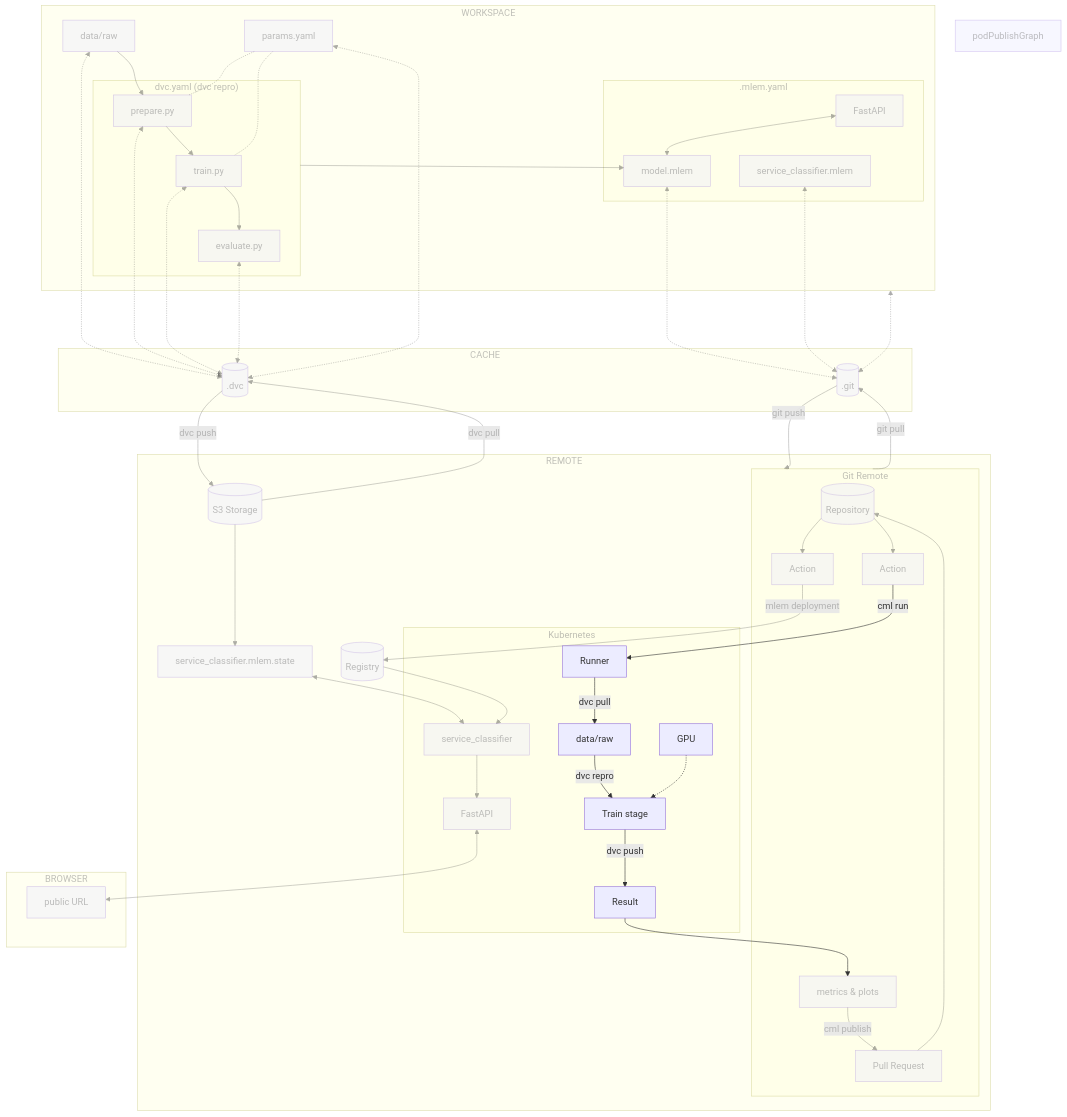
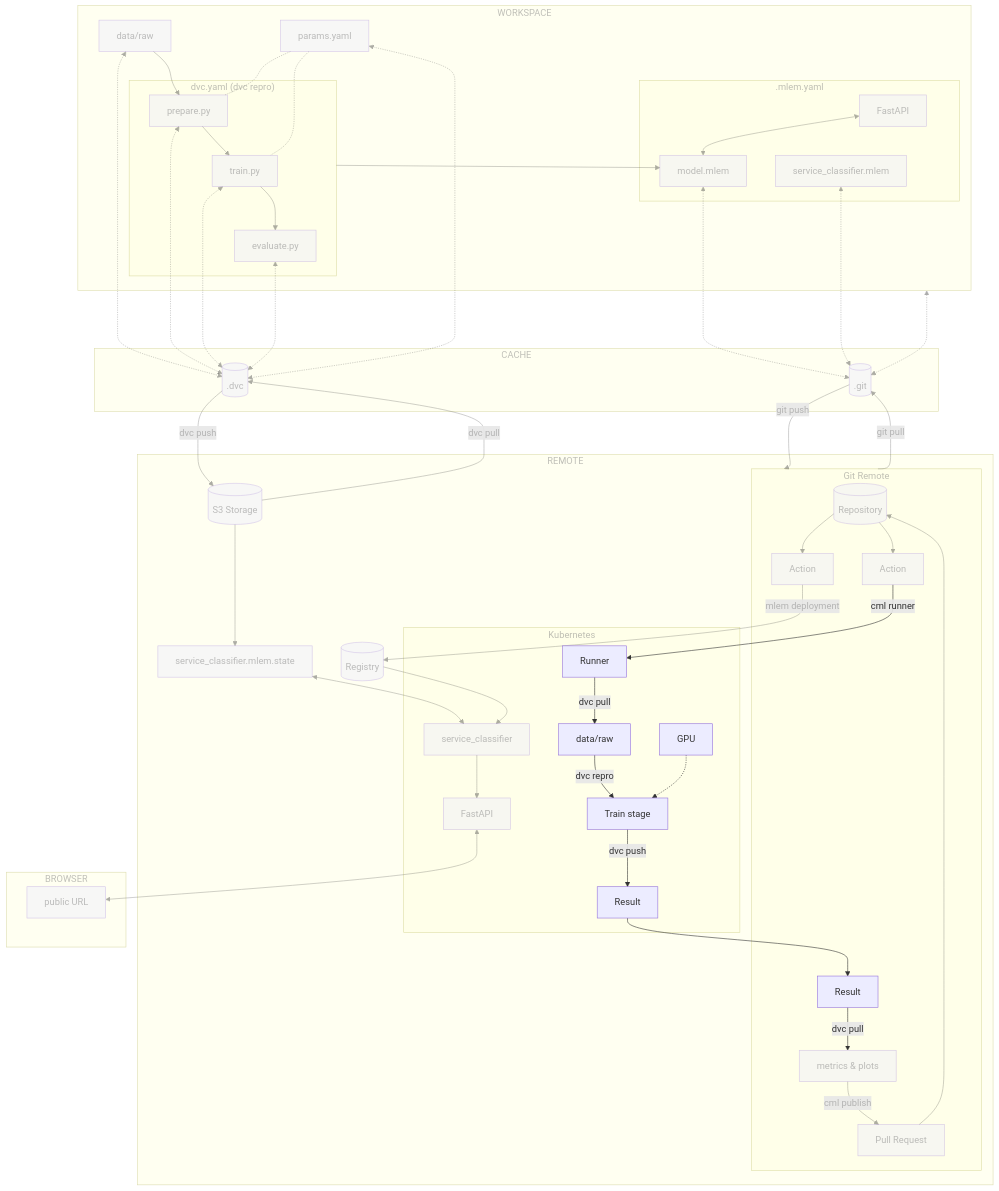
One commit to swiss-ai-center/a-guide-to-mlops changed the diagram in docs/part-3-serve-and-deploy-the-model/chapter-15-train-the-model-on-a-kubernetes-pod-with-cml.md. Above: the diagram before and after it, drawn with Mermaid.

Commit message:
Fix minor issues

````diff
--- a/docs/part-3-serve-and-deploy-the-model/chapter-15-train-the-model-on-a-kubernetes-pod-with-cml.md
+++ b/docs/part-3-serve-and-deploy-the-model/chapter-15-train-the-model-on-a-kubernetes-pod-with-cml.md
@@ -42,7 +42,8 @@
         s3_storage
         subgraph gitGraph[Git Remote]
             repository[(Repository)] --> action[Action]
-            action_out[metrics & plots] -->|cml publish| pr[Pull Request]
+            action_result_cicd[Result] -->|dvc pull| action_out[metrics & plots]
+            action_out -->|cml publish| pr[Pull Request]
             pr --> repository
             repository --> action_deploy
         end
@@ -55,8 +56,8 @@
             service_mlem_cluster[service_classifier]
             service_mlem_cluster --> k8s_fastapi[FastAPI]
         end
-        action -->|cml run| action_runner
-        action_result --> action_out
+        action -->|cml runner| action_runner
+        action_result --> action_result_cicd
         s3_storage --> service_mlem_cluster_state[service_classifier.mlem.state]
         service_mlem_cluster_state <--> service_mlem_cluster
         registry --> service_mlem_cluster
@@ -113,7 +114,6 @@
     style mlemGraph opacity:0.4,color:#7f7f7f80
     style service_mlem opacity:0.4,color:#7f7f7f80
     style clusterGraph opacity:0.4,color:#7f7f7f80
-    style podPublishGraph opacity:0.4,color:#7f7f7f80
     style service_mlem_cluster opacity:0.4,color:#7f7f7f80
     style k8s_fastapi opacity:0.4,color:#7f7f7f80
     style browserGraph opacity:0.4,color:#7f7f7f80
@@ -126,12 +126,11 @@
     linkStyle 4 opacity:0.4,color:#7f7f7f80
     linkStyle 5 opacity:0.4,color:#7f7f7f80
     linkStyle 6 opacity:0.4,color:#7f7f7f80
-    linkStyle 7 opacity:0.4,color:#7f7f7f80
     linkStyle 8 opacity:0.4,color:#7f7f7f80
     linkStyle 9 opacity:0.4,color:#7f7f7f80
     linkStyle 10 opacity:0.4,color:#7f7f7f80
-    linkStyle 15 opacity:0.4,color:#7f7f7f80
-    linkStyle 18 opacity:0.4,color:#7f7f7f80
+    linkStyle 11 opacity:0.4,color:#7f7f7f80
+    linkStyle 16 opacity:0.4,color:#7f7f7f80
     linkStyle 19 opacity:0.4,color:#7f7f7f80
     linkStyle 20 opacity:0.4,color:#7f7f7f80
     linkStyle 21 opacity:0.4,color:#7f7f7f80
@@ -148,4 +147,5 @@
     linkStyle 32 opacity:0.4,color:#7f7f7f80
     linkStyle 33 opacity:0.4,color:#7f7f7f80
     linkStyle 34 opacity:0.4,color:#7f7f7f80
+    linkStyle 35 opacity:0.4,color:#7f7f7f80
 ```
````
